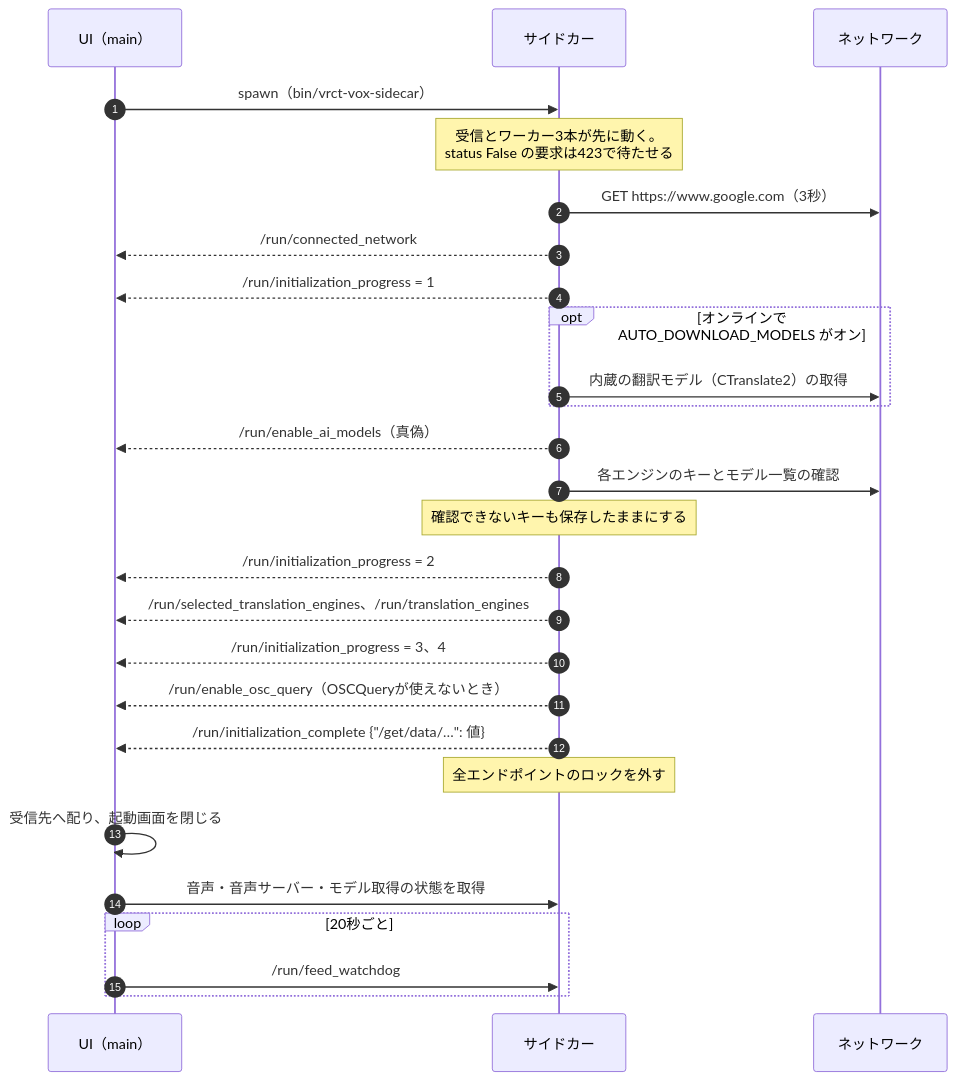
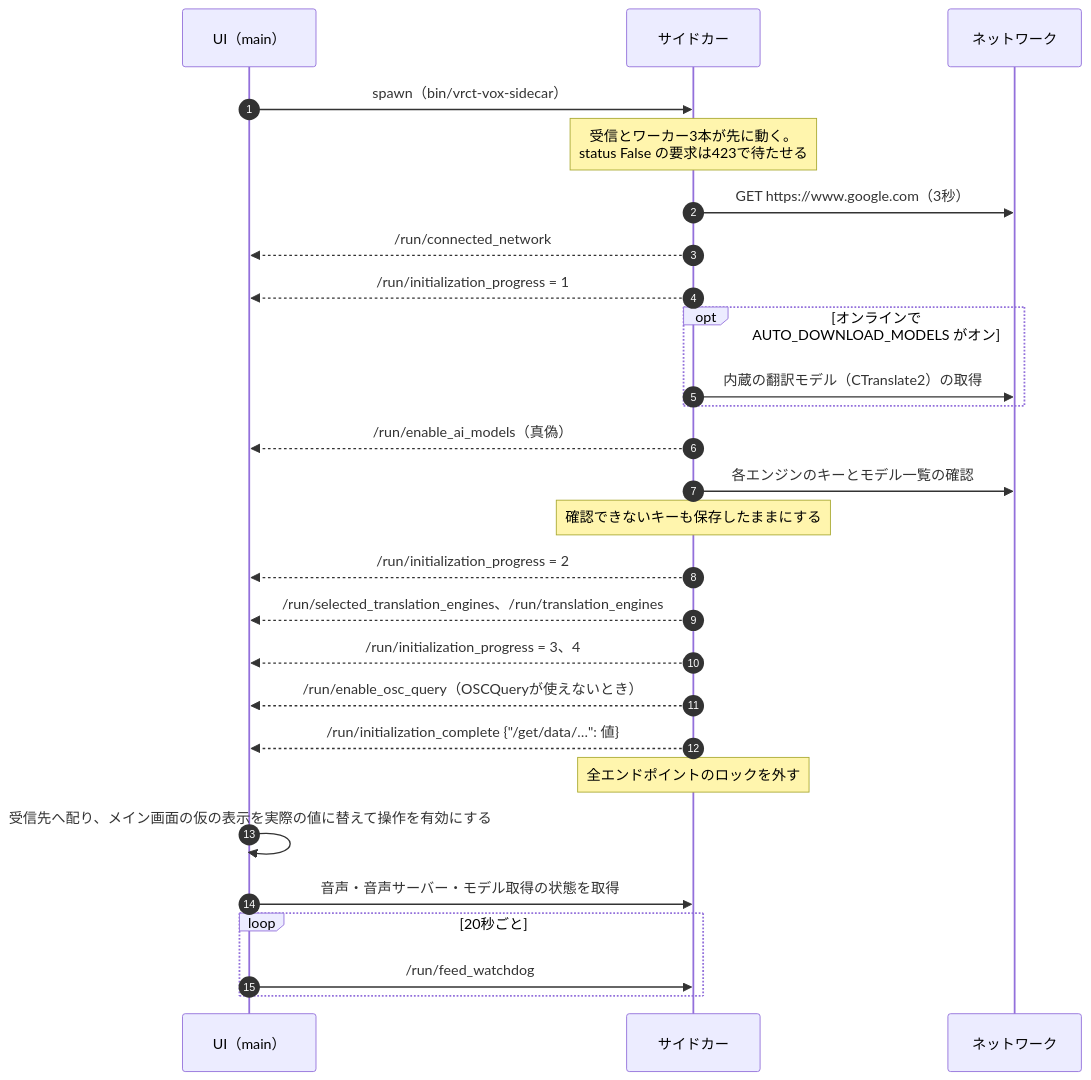
One commit to kein5/astarot changed the first of 7 diagrams in docs/spec/sequences.md. Above: the diagram before and after it, drawn with Mermaid. The commit also changed 5 other files, not shown here.

````diff
--- a/docs/spec/sequences.md
+++ b/docs/spec/sequences.md
@@ -7,29 +7,29 @@
 ```mermaid
 sequenceDiagram
   autonumber
   participant UI as UI（main）
   participant S as サイドカー
   participant Net as ネットワーク
   UI->>S: spawn（bin/vrct-vox-sidecar）
   Note over S: 受信とワーカー3本が先に動く。<br/>status False の要求は423で待たせる
   S->>Net: GET https://www.google.com（3秒）
   S-->>UI: /run/connected_network
   S-->>UI: /run/initialization_progress = 1
   opt オンラインで AUTO_DOWNLOAD_MODELS がオン
     S->>Net: 内蔵の翻訳モデル（CTranslate2）の取得
   end
   S-->>UI: /run/enable_ai_models（真偽）
   S->>Net: 各エンジンのキーとモデル一覧の確認
   Note over S: 確認できないキーも保存したままにする
   S-->>UI: /run/initialization_progress = 2
   S-->>UI: /run/selected_translation_engines、/run/translation_engines
   S-->>UI: /run/initialization_progress = 3、4
   S-->>UI: /run/enable_osc_query（OSCQueryが使えないとき）
   S-->>UI: /run/initialization_complete {"/get/data/…": 値}
   Note over S: 全エンドポイントのロックを外す
-  UI->>UI: 受信先へ配り、起動画面を閉じる
+  UI->>UI: 受信先へ配り、メイン画面の仮の表示を実際の値に替えて操作を有効にする
   UI->>S: 音声・音声サーバー・モデル取得の状態を取得
   loop 20秒ごと
     UI->>S: /run/feed_watchdog
   end
 ```
````
